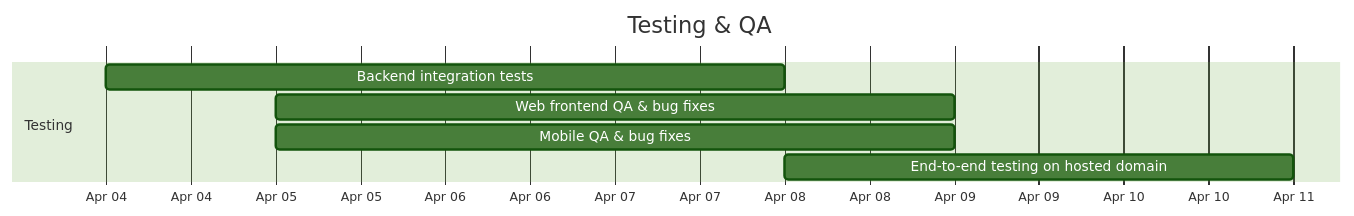
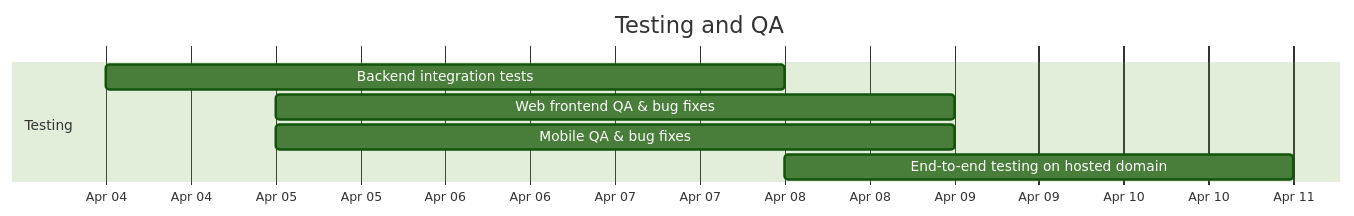
Before and after one commit to LuizGomes56/poosd_final_project: the sixth of 7 diagrams in GANTT.md, drawn with Mermaid (forest theme). The commit also changed other lines of this file, not shown here.

````diff
--- a/GANTT.md
+++ b/GANTT.md
@@ -114,12 +114,12 @@
 ```mermaid
 gantt
-    title Testing & QA
+    title Testing and QA
     dateFormat  YYYY-MM-DD
     axisFormat  %b %d
 
     section Testing
     Backend integration tests            : test1, 2026-04-04, 2026-04-08
     Web frontend QA & bug fixes          : test2, 2026-04-05, 2026-04-09
     Mobile QA & bug fixes                : test3, 2026-04-05, 2026-04-09
     End-to-end testing on hosted domain  : test4, 2026-04-08, 2026-04-11
 ```
````
